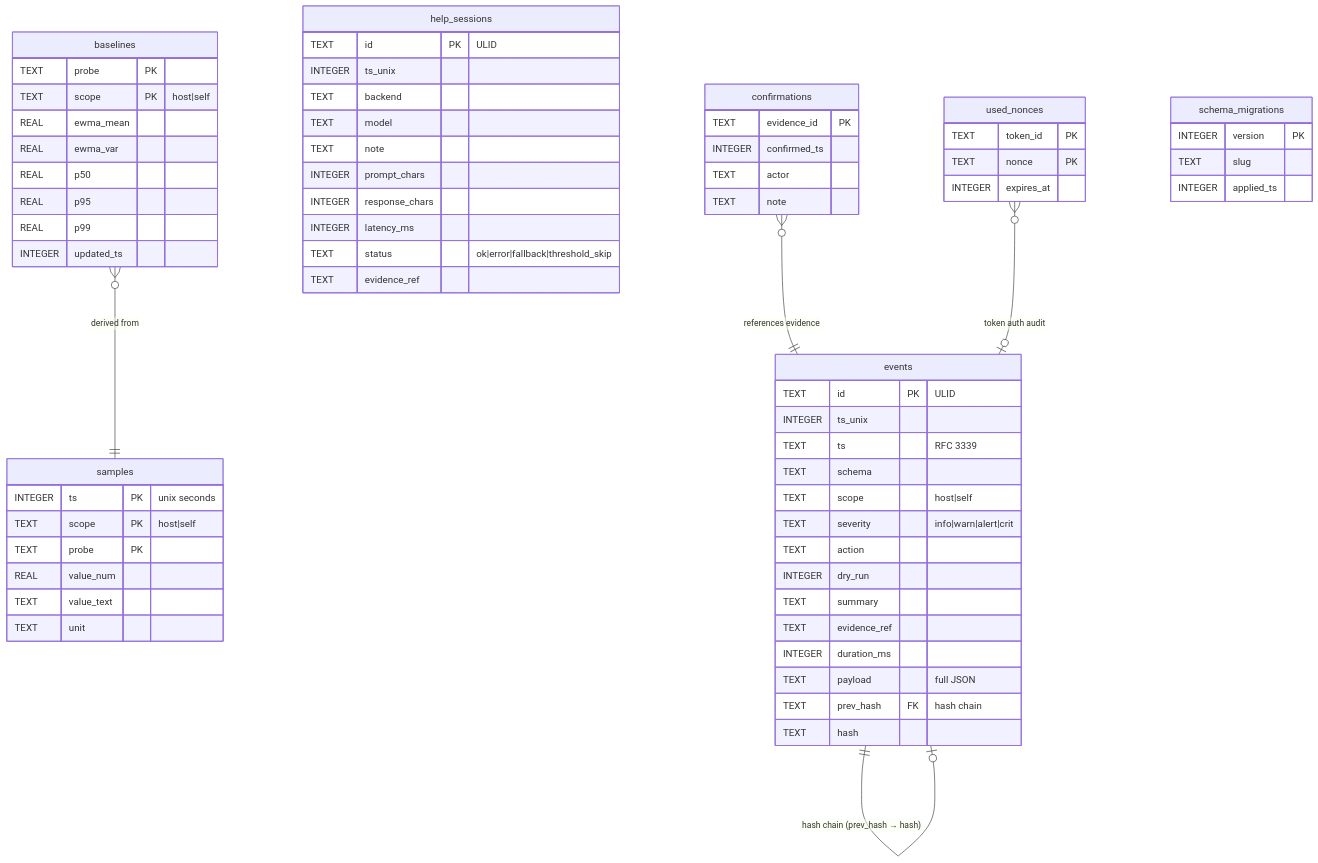
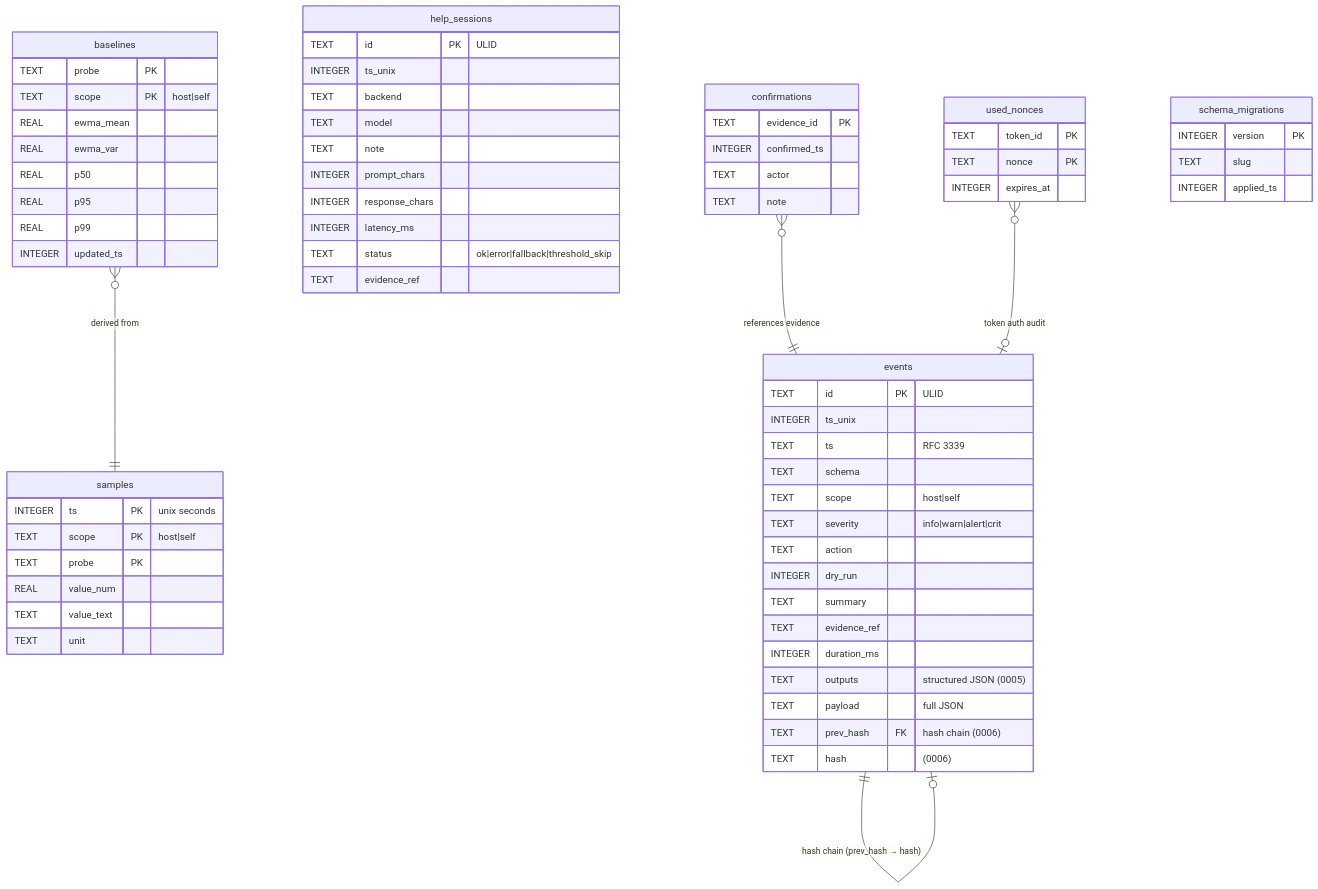
One commit to mdz-axo/russell changed the eighth of 9 diagrams in docs/architecture/SUBSYSTEM_ER_DIAGRAMS.md. Above: the diagram before and after it, drawn with Mermaid. The commit also changed other lines of this file and 6 other files, not shown here.

````diff
--- a/docs/architecture/SUBSYSTEM_ER_DIAGRAMS.md
+++ b/docs/architecture/SUBSYSTEM_ER_DIAGRAMS.md
@@ -497,70 +513,71 @@
 ```mermaid
 erDiagram
     samples {
         INTEGER ts PK "unix seconds"
         TEXT scope PK "host|self"
         TEXT probe PK
         REAL value_num
         TEXT value_text
         TEXT unit
     }
     events {
         TEXT id PK "ULID"
         INTEGER ts_unix
         TEXT ts "RFC 3339"
         TEXT schema
         TEXT scope "host|self"
         TEXT severity "info|warn|alert|crit"
         TEXT action
         INTEGER dry_run
         TEXT summary
         TEXT evidence_ref
         INTEGER duration_ms
+        TEXT outputs "structured JSON (0005)"
         TEXT payload "full JSON"
-        TEXT prev_hash FK "hash chain"
-        TEXT hash
+        TEXT prev_hash FK "hash chain (0006)"
+        TEXT hash "(0006)"
     }
     baselines {
         TEXT probe PK
         TEXT scope PK "host|self"
         REAL ewma_mean
         REAL ewma_var
         REAL p50
         REAL p95
         REAL p99
         INTEGER updated_ts
     }
     help_sessions {
         TEXT id PK "ULID"
         INTEGER ts_unix
         TEXT backend
         TEXT model
         TEXT note
         INTEGER prompt_chars
         INTEGER response_chars
         INTEGER latency_ms
         TEXT status "ok|error|fallback|threshold_skip"
         TEXT evidence_ref
     }
     confirmations {
         TEXT evidence_id PK
         INTEGER confirmed_ts
         TEXT actor
         TEXT note
     }
     used_nonces {
         TEXT token_id PK
         TEXT nonce PK
         INTEGER expires_at
     }
     schema_migrations {
         INTEGER version PK
         TEXT slug
         INTEGER applied_ts
     }
 
     events ||--o| events : "hash chain (prev_hash → hash)"
     baselines }o--|| samples : "derived from"
     confirmations }o--|| events : "references evidence"
     used_nonces }o--o| events : "token auth audit"
 ```
````
